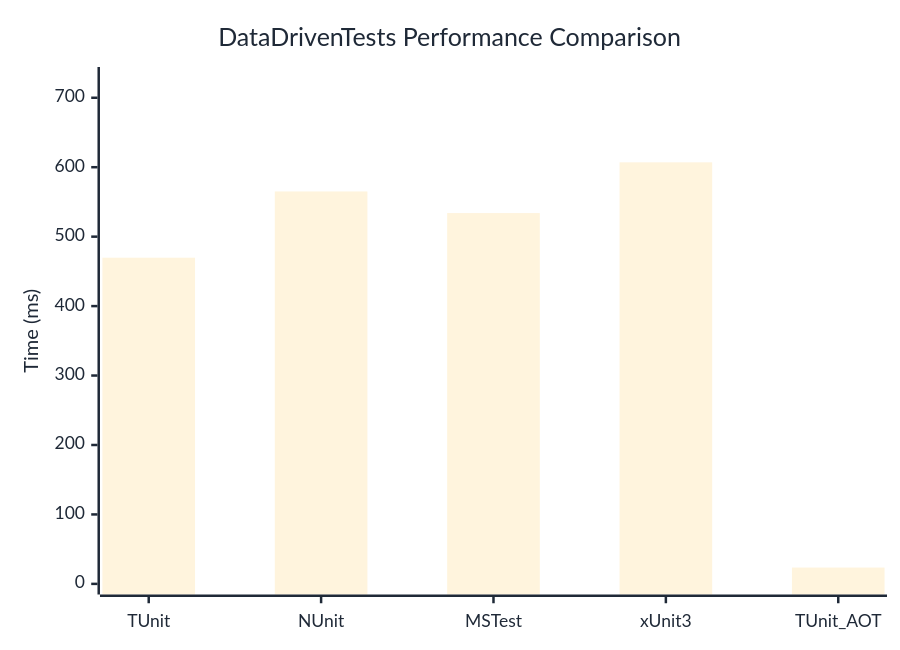
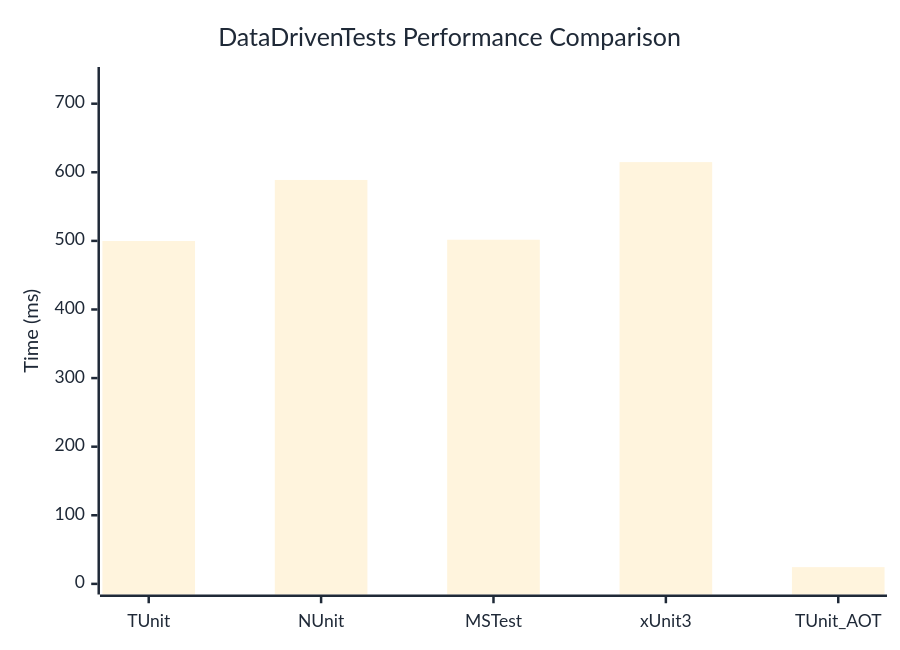
One commit to thomhurst/TUnit changed the diagram in docs/docs/benchmarks/DataDrivenTests.md. Above: the diagram before and after it, drawn with Mermaid. The commit also changed other lines of this file and 17 other files, not shown here.

````diff
--- a/docs/docs/benchmarks/DataDrivenTests.md
+++ b/docs/docs/benchmarks/DataDrivenTests.md
@@ -27,37 +27,37 @@
 ```mermaid
 %%{init: {
   'theme':'base',
   'themeVariables': {
     'primaryColor': '#2563eb',
     'primaryTextColor': '#1f2937',
     'primaryBorderColor': '#1e40af',
     'lineColor': '#6b7280',
     'secondaryColor': '#7c3aed',
     'tertiaryColor': '#dc2626',
     'background': '#ffffff',
     'mainBkg': '#2563eb',
     'secondBkg': '#7c3aed',
     'tertiaryBkg': '#dc2626',
     'clusterBkg': '#f3f4f6',
     'edgeLabelBackground': '#ffffff',
     'tertiaryTextColor': '#1f2937',
     'pie1': '#2563eb',
     'pie2': '#7c3aed',
     'pie3': '#dc2626',
     'pie4': '#f59e0b',
     'pie5': '#10b981',
     'pie6': '#06b6d4',
     'pie7': '#ec4899',
     'pie8': '#6366f1',
     'pie9': '#84cc16',
     'pie10': '#f97316',
     'pie11': '#14b8a6',
     'pie12': '#a855f7'
   }
 }}%%
 xychart-beta
   title "DataDrivenTests Performance Comparison"
   x-axis ["TUnit", "NUnit", "MSTest", "xUnit3", "TUnit_AOT"]
-  y-axis "Time (ms)" 0 --> 729
-  bar [469.7, 565.08, 533.97, 607.03, 23.48]
+  y-axis "Time (ms)" 0 --> 738
+  bar [499.86, 588.81, 501.69, 614.83, 24.4]
 ```
````
